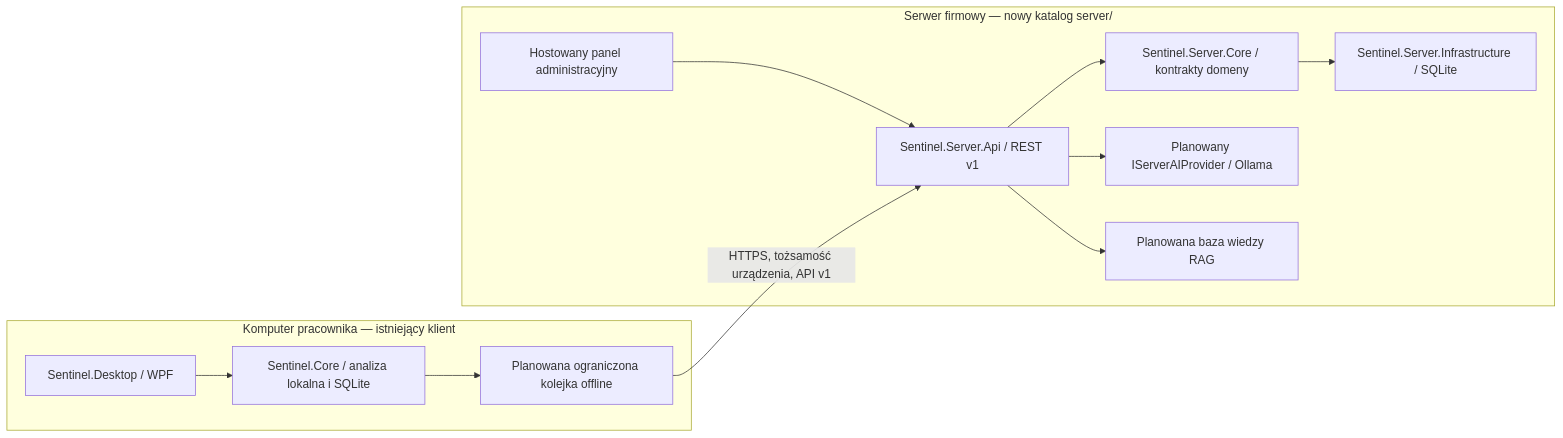
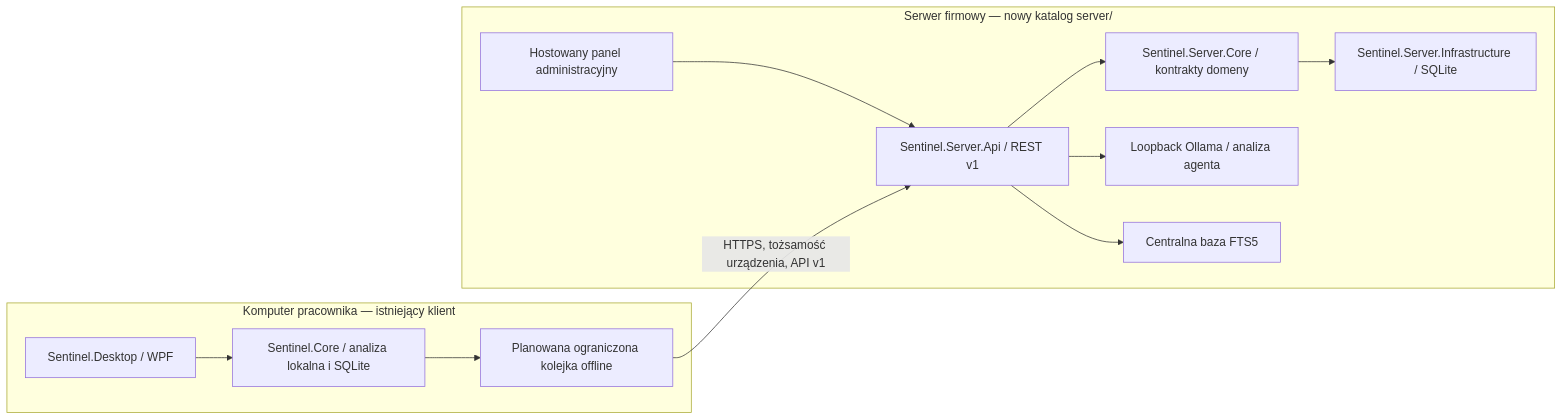
Before and after one commit to Matyyyy68/asystent: the diagram in server/ARCHITECTURE.md, drawn with Mermaid. The commit also changed other lines of this file and 46 other files, not shown here.

````diff
--- a/server/ARCHITECTURE.md
+++ b/server/ARCHITECTURE.md
@@ -11,23 +11,23 @@
 ```mermaid
 flowchart LR
   subgraph Client[Komputer pracownika — istniejący klient]
     WPF[Sentinel.Desktop / WPF]
     Core[Sentinel.Core / analiza lokalna i SQLite]
     Queue[Planowana ograniczona kolejka offline]
     WPF --> Core
     Core --> Queue
   end
   subgraph Server[Serwer firmowy — nowy katalog server/]
     API[Sentinel.Server.Api / REST v1]
     SCore[Sentinel.Server.Core / kontrakty domeny]
     Infra[Sentinel.Server.Infrastructure / SQLite]
     Admin[Hostowany panel administracyjny]
-    AI[Planowany IServerAIProvider / Ollama]
-    KB[Planowana baza wiedzy RAG]
+    AI[Loopback Ollama / analiza agenta]
+    KB[Centralna baza FTS5]
     API --> SCore --> Infra
     Admin --> API
     API --> AI
     API --> KB
   end
   Queue -->|HTTPS, tożsamość urządzenia, API v1| API
 ```
````
